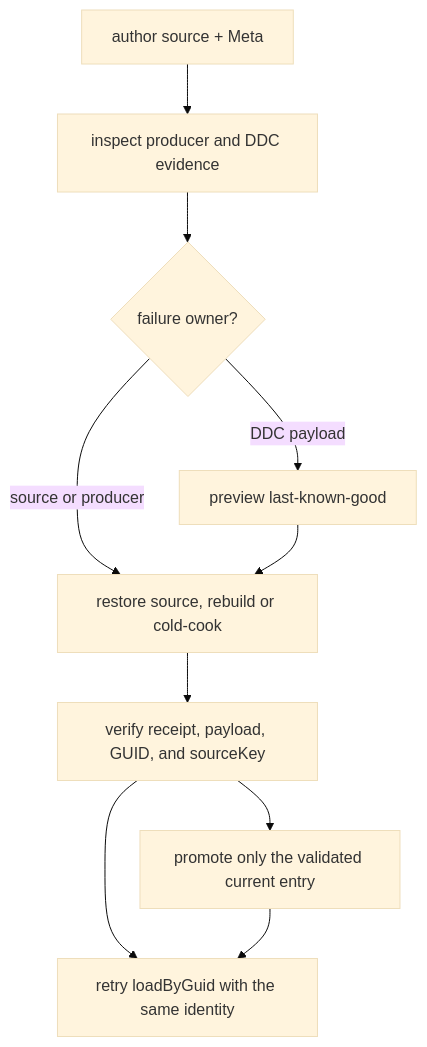
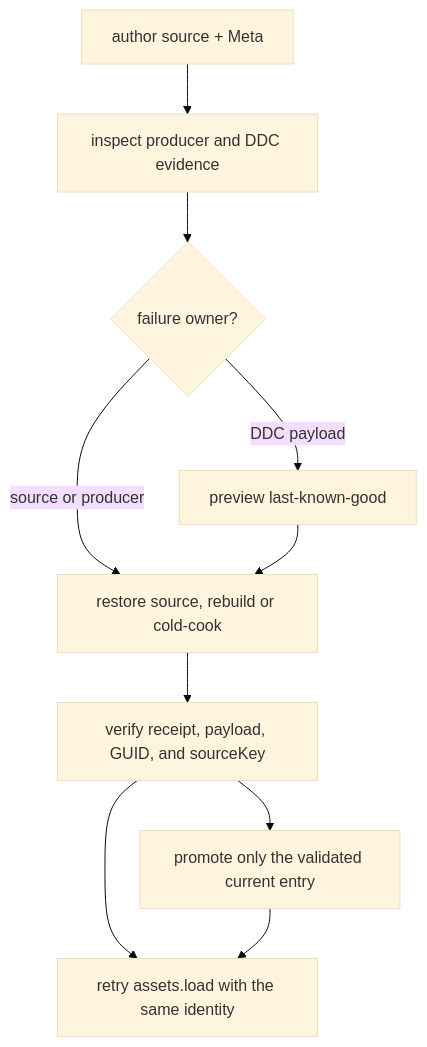
The diagram in apps/hello/format-tier1/README.md (ForgeAX/forgeax-engine), drawn with Mermaid (base theme) before and after one commit. The commit also changed other lines of this file and 4113 other files, not shown here.

````diff
--- a/apps/hello/format-tier1/README.md
+++ b/apps/hello/format-tier1/README.md
@@ -30,12 +30,12 @@
 ```mermaid
 flowchart TD
     source["author source + Meta"] --> inspect["inspect producer and DDC evidence"]
     inspect --> decision{"failure owner?"}
     decision -->|"source or producer"| rebuild["restore source, rebuild or cold-cook"]
     decision -->|"DDC payload"| lkg["preview last-known-good"]
     lkg --> rebuild
     rebuild --> verify["verify receipt, payload, GUID, and sourceKey"]
     verify --> current["promote only the validated current entry"]
-    verify --> retry["retry loadByGuid with the same identity"]
+    verify --> retry["retry assets.load with the same identity"]
     current --> retry
 ```
````
